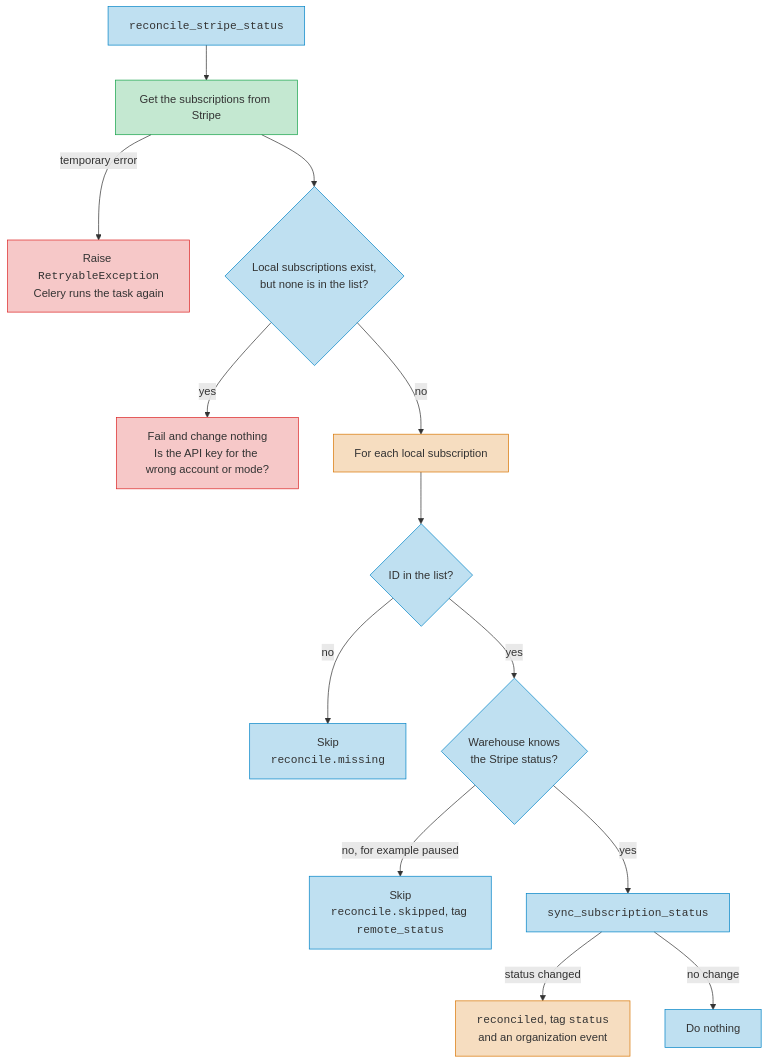
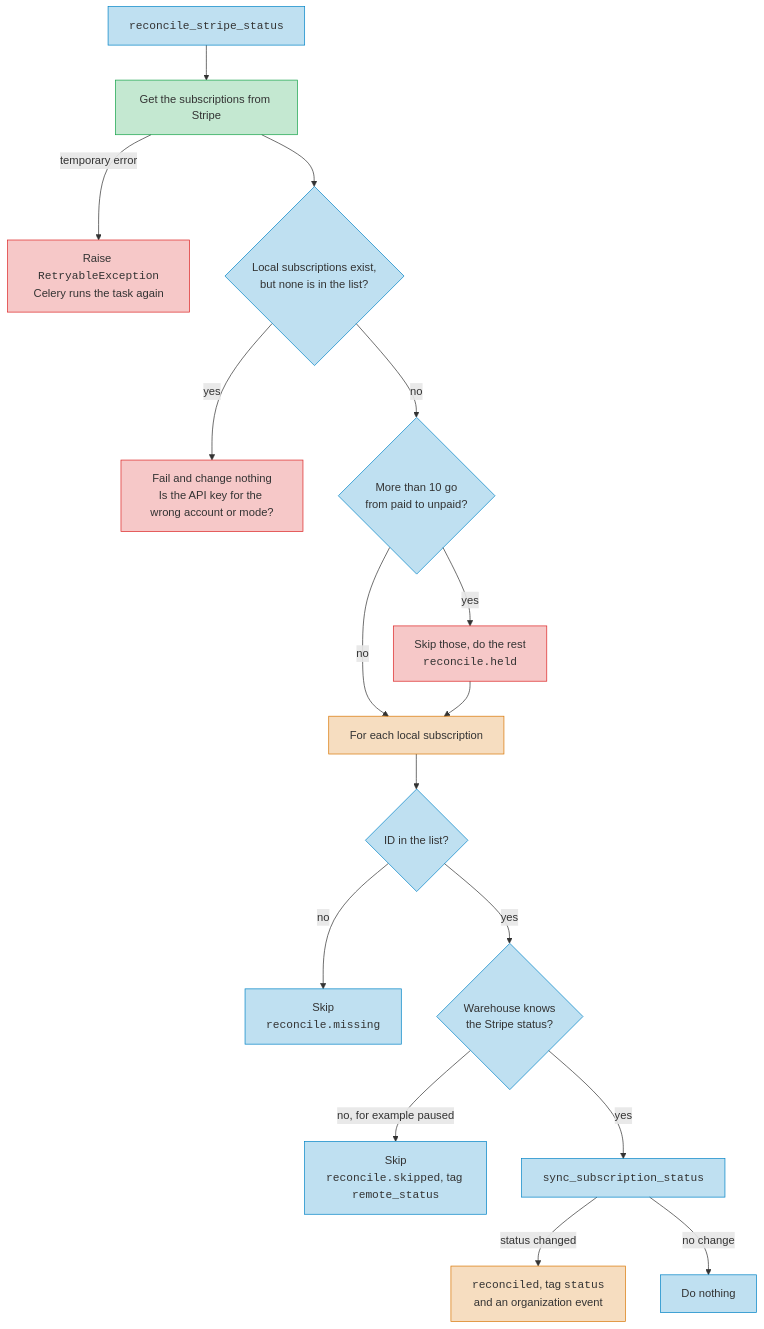
One commit to pypi/warehouse changed the second of 3 diagrams in docs/dev/development/billing.md. Above: the diagram before and after it, drawn with Mermaid. The commit also changed other lines of this file and 23 other files, not shown here.

````diff
--- a/docs/dev/development/billing.md
+++ b/docs/dev/development/billing.md
@@ -48,19 +72,22 @@
 ```mermaid
 flowchart TD
     START[<code>reconcile_stripe_status</code>]:::warehouse --> LIST[Get the subscriptions from Stripe]:::stripe
     LIST -->|temporary error| RETRY[Raise <code>RetryableException</code><br/>Celery runs the task again]:::fail
     LIST --> NONE{Local subscriptions exist,<br/>but none is in the list?}:::warehouse
     NONE -->|yes| FAIL[Fail and change nothing<br/>Is the API key for the wrong account or mode?]:::fail
-    NONE -->|no| EACH[For each local subscription]:::data
+    NONE -->|no| DOWN{More than 10 go<br/>from paid to unpaid?}:::warehouse
+    DOWN -->|yes| HOLD[Skip those, do the rest<br/><code>reconcile.held</code>]:::fail
+    DOWN -->|no| EACH[For each local subscription]:::data
+    HOLD --> EACH
     EACH --> FOUND{ID in the list?}:::warehouse
     FOUND -->|no| MISS[Skip<br/><code>reconcile.missing</code>]:::warehouse
     FOUND -->|yes| KNOWN{Warehouse knows<br/>the Stripe status?}:::warehouse
     KNOWN -->|no, for example paused| SKIP[Skip<br/><code>reconcile.skipped</code>, tag <code>remote_status</code>]:::warehouse
     KNOWN -->|yes| SYNC[<code>sync_subscription_status</code>]:::warehouse
     SYNC -->|status changed| OK[<code>reconciled</code>, tag <code>status</code><br/>and an organization event]:::data
     SYNC -->|no change| DONE[Do nothing]:::warehouse
     classDef warehouse fill:#0284c740,stroke:#0284c7
     classDef data fill:#d9770640,stroke:#d97706
     classDef stripe fill:#16a34a40,stroke:#16a34a
     classDef fail fill:#dc262640,stroke:#dc2626
 ```
````
